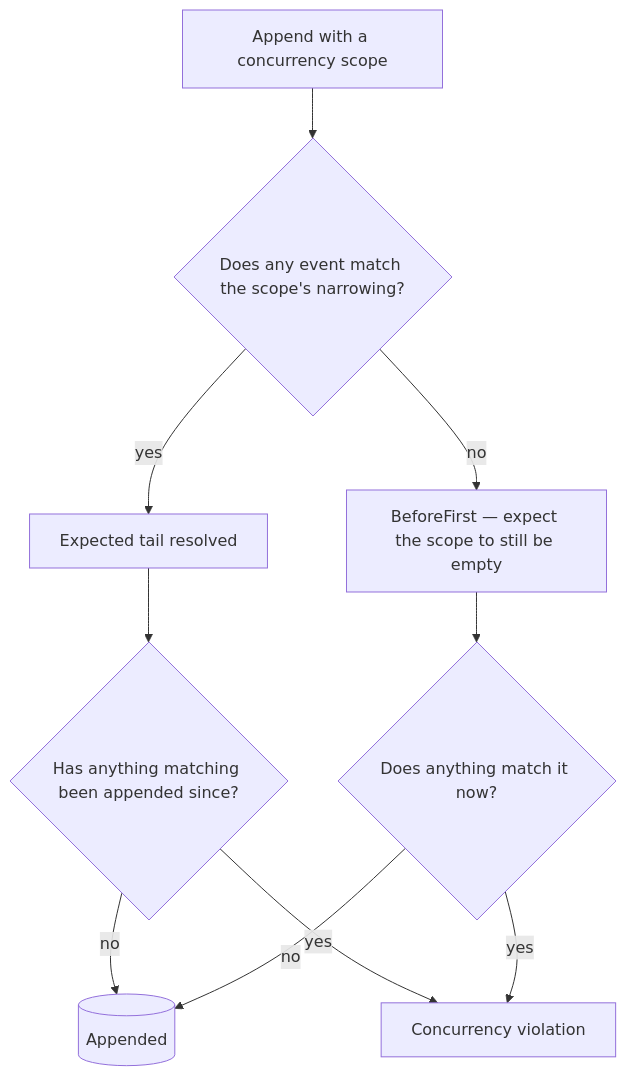
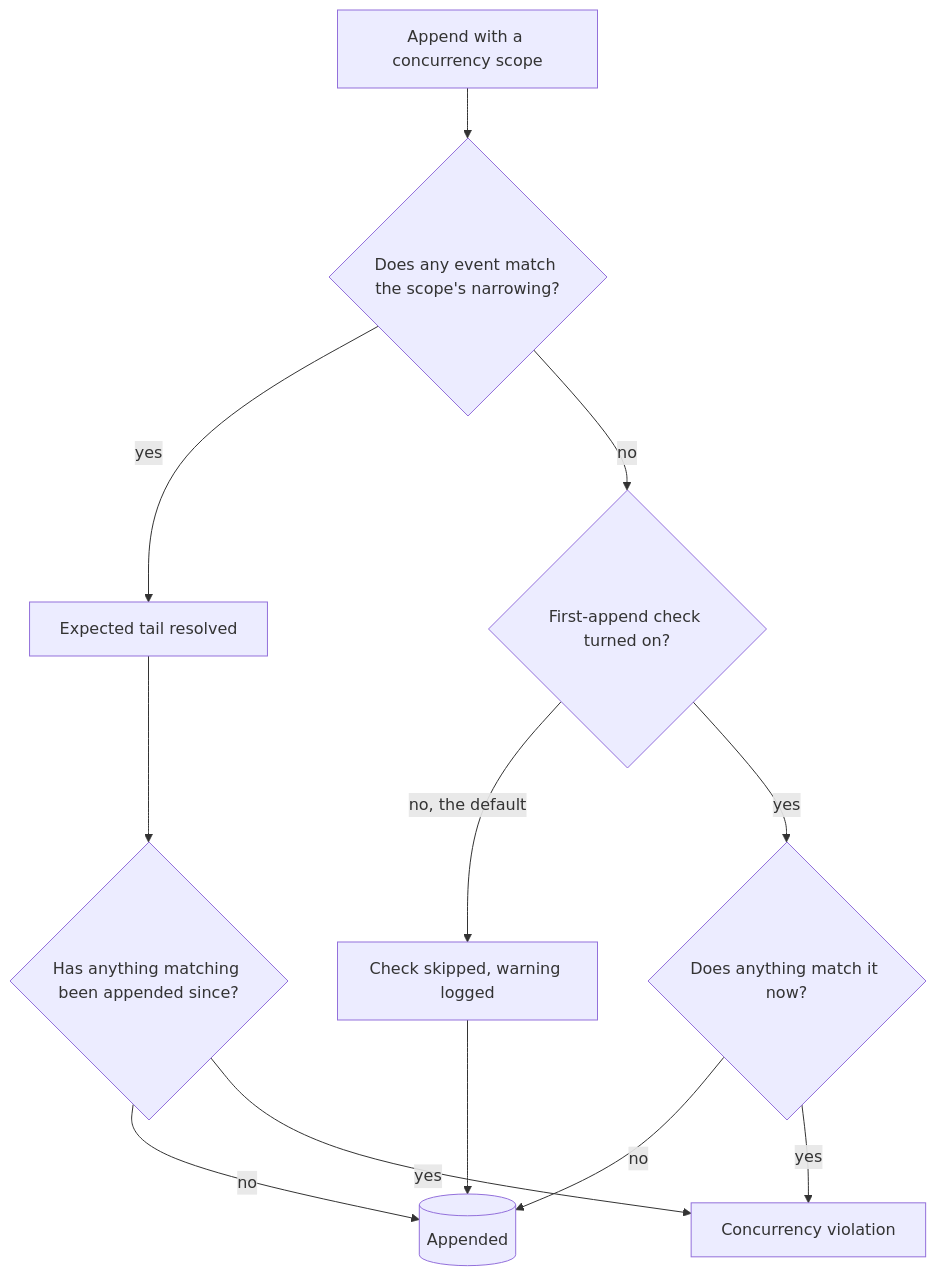
The diagram in Documentation/events/concurrency.mdx (Cratis/Chronicle), drawn with Mermaid before and after one commit. The commit also changed other lines of this file and 1 other file, not shown here.

First line of the commit message:
Document the first-append check as opt-in

````diff
--- a/Documentation/events/concurrency.mdx
+++ b/Documentation/events/concurrency.mdx
@@ -90,12 +90,14 @@
 ```mermaid
 flowchart TD
     A[Append with a concurrency scope] --> T{"Does any event match the scope's narrowing?"}
     T -->|yes| E[Expected tail resolved]
     E --> V{"Has anything matching been appended since?"}
     V -->|no| K[(Appended)]
     V -->|yes| R[Concurrency violation]
-    T -->|no| U["BeforeFirst — expect the scope to still be empty"]
-    U --> W{"Does anything match it now?"}
+    T -->|no| C{"First-append check turned on?"}
+    C -->|no, the default| S[Check skipped, warning logged]
+    S --> K
+    C -->|yes| W{"Does anything match it now?"}
     W -->|no| K
     W -->|yes| R
 ```
````
